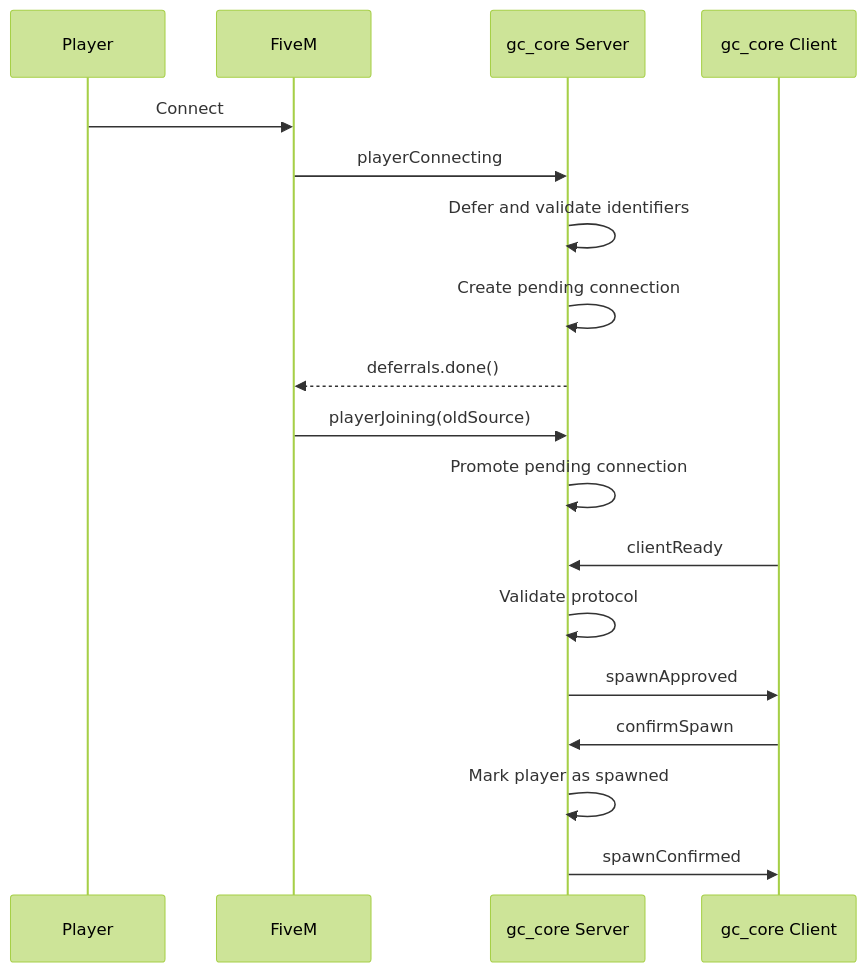
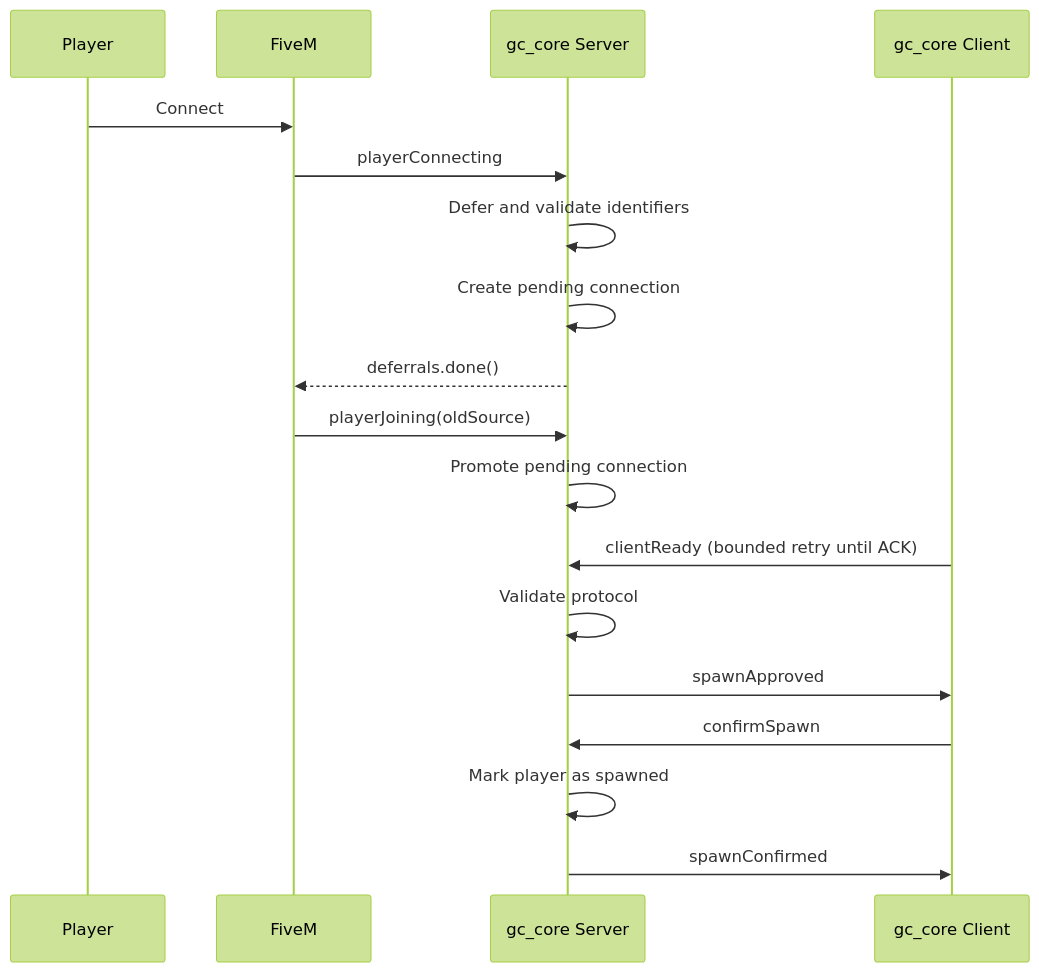
One commit to chel38/GCore changed the diagram in docs/en/04-connection-flow.md. Above: the diagram before and after it, drawn with Mermaid (forest theme). The commit also changed other lines of this file and 56 other files, not shown here.

````diff
--- a/docs/en/04-connection-flow.md
+++ b/docs/en/04-connection-flow.md
@@ -46,21 +46,21 @@
 ```mermaid
 sequenceDiagram
     participant P as Player
     participant F as FiveM
     participant S as gc_core Server
     participant C as gc_core Client
 
     P->>F: Connect
     F->>S: playerConnecting
     S->>S: Defer and validate identifiers
     S->>S: Create pending connection
     S-->>F: deferrals.done()
     F->>S: playerJoining(oldSource)
     S->>S: Promote pending connection
-    C->>S: clientReady
+    C->>S: clientReady (bounded retry until ACK)
     S->>S: Validate protocol
     S->>C: spawnApproved
     C->>S: confirmSpawn
     S->>S: Mark player as spawned
     S->>C: spawnConfirmed
 ```
````
